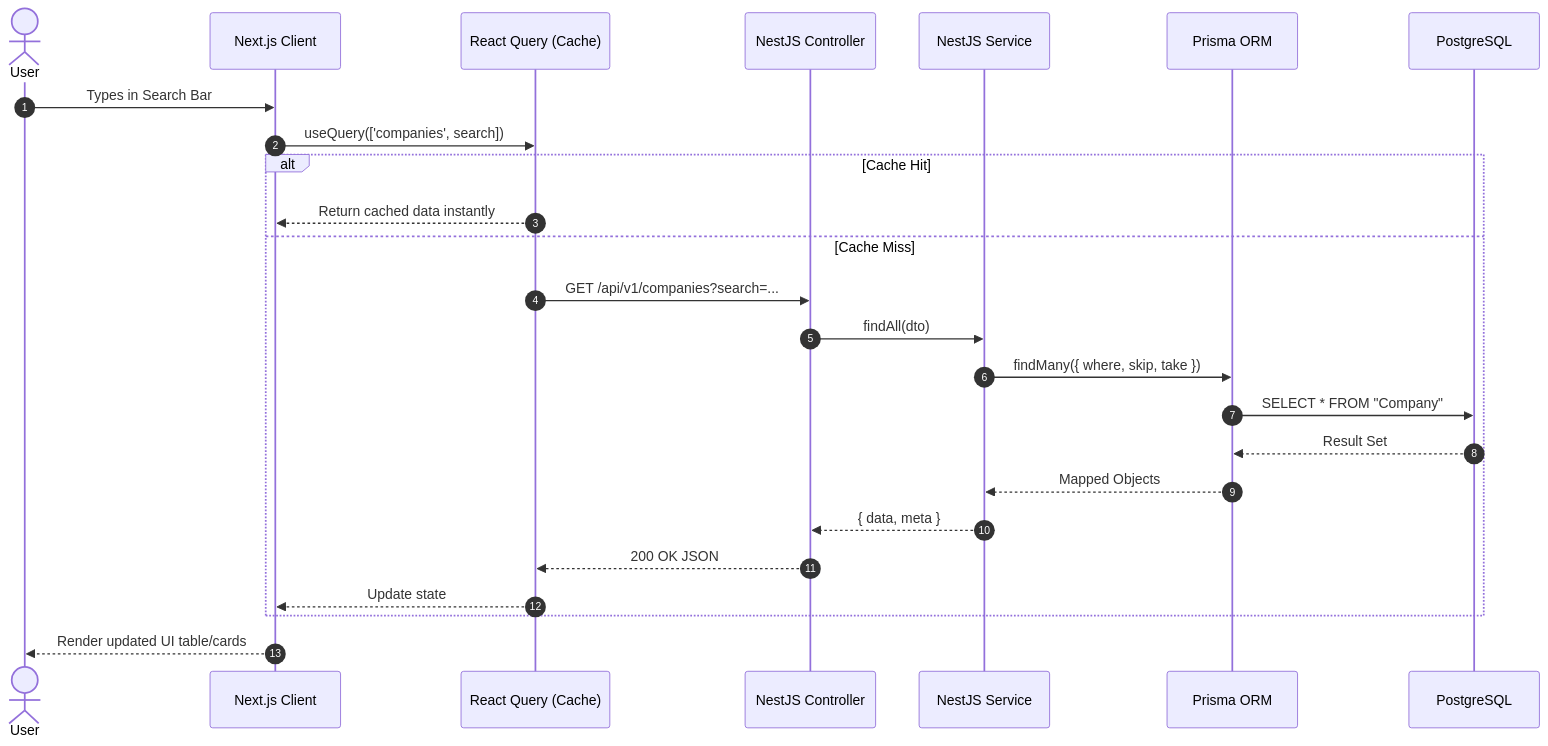
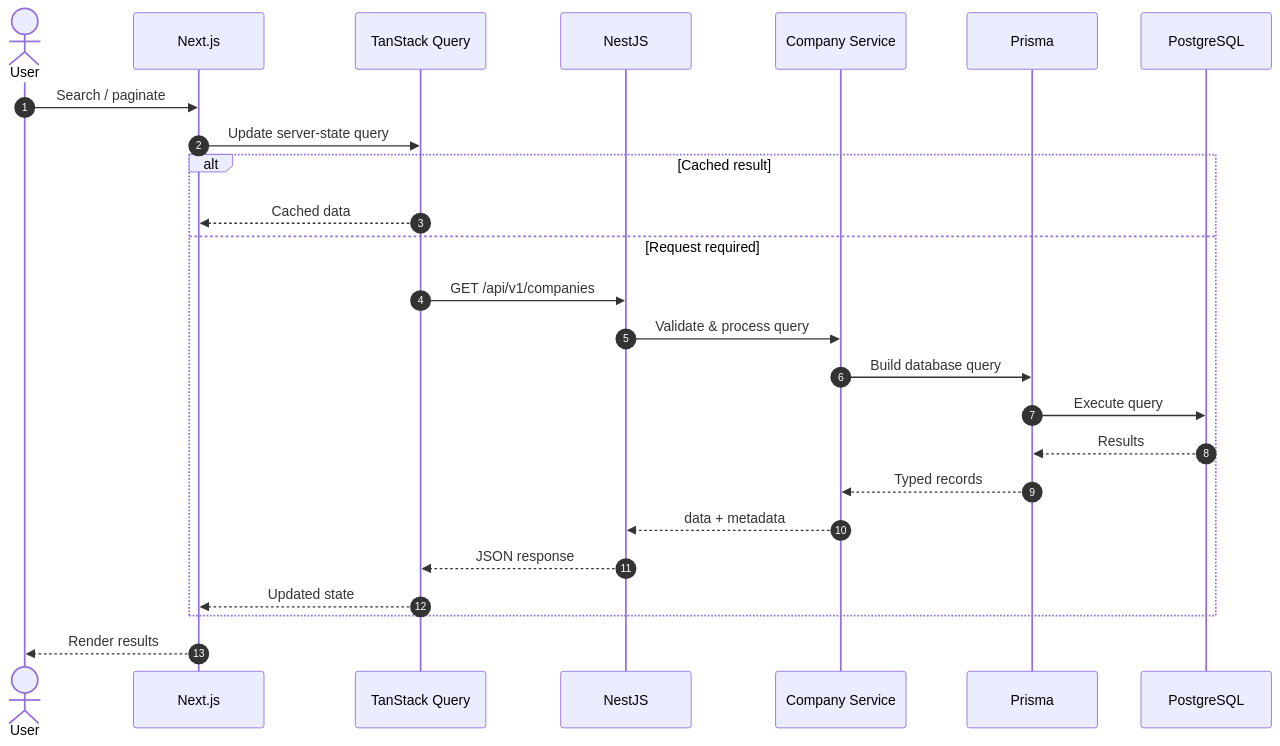
One commit to harshitgour1/Prameela-Assignment-Harshit-Goud changed the second of 3 diagrams in README.md. Above: the diagram before and after it, drawn with Mermaid. The commit also changed other lines of this file and 3 other files, not shown here.

Commit message:
docs: update AI usage report and architecture deployment diagrams

````diff
--- a/README.md
+++ b/README.md
@@ -54,29 +61,30 @@
 ```mermaid
 sequenceDiagram
     autonumber
     actor User
-    participant Browser as Next.js Client
-    participant RQ as React Query (Cache)
-    participant Controller as NestJS Controller
-    participant Service as NestJS Service
-    participant Prisma as Prisma ORM
+    participant Web as Next.js
+    participant Query as TanStack Query
+    participant API as NestJS
+    participant Service as Company Service
+    participant Prisma as Prisma
     participant DB as PostgreSQL
 
-    User->>Browser: Types in Search Bar
-    Browser->>RQ: useQuery(['companies', search])
-    
-    alt Cache Hit
-        RQ-->>Browser: Return cached data instantly
-    else Cache Miss
-        RQ->>Controller: GET /api/v1/companies?search=...
-        Controller->>Service: findAll(dto)
-        Service->>Prisma: findMany({ where, skip, take })
-        Prisma->>DB: SELECT * FROM "Company"
-        DB-->>Prisma: Result Set
-        Prisma-->>Service: Mapped Objects
-        Service-->>Controller: { data, meta }
-        Controller-->>RQ: 200 OK JSON
-        RQ-->>Browser: Update state
+    User->>Web: Search / paginate
+    Web->>Query: Update server-state query
+
+    alt Cached result
+        Query-->>Web: Cached data
+    else Request required
+        Query->>API: GET /api/v1/companies
+        API->>Service: Validate & process query
+        Service->>Prisma: Build database query
+        Prisma->>DB: Execute query
+        DB-->>Prisma: Results
+        Prisma-->>Service: Typed records
+        Service-->>API: data + metadata
+        API-->>Query: JSON response
+        Query-->>Web: Updated state
     end
-    Browser-->>User: Render updated UI table/cards
+
+    Web-->>User: Render results
 ```
````
